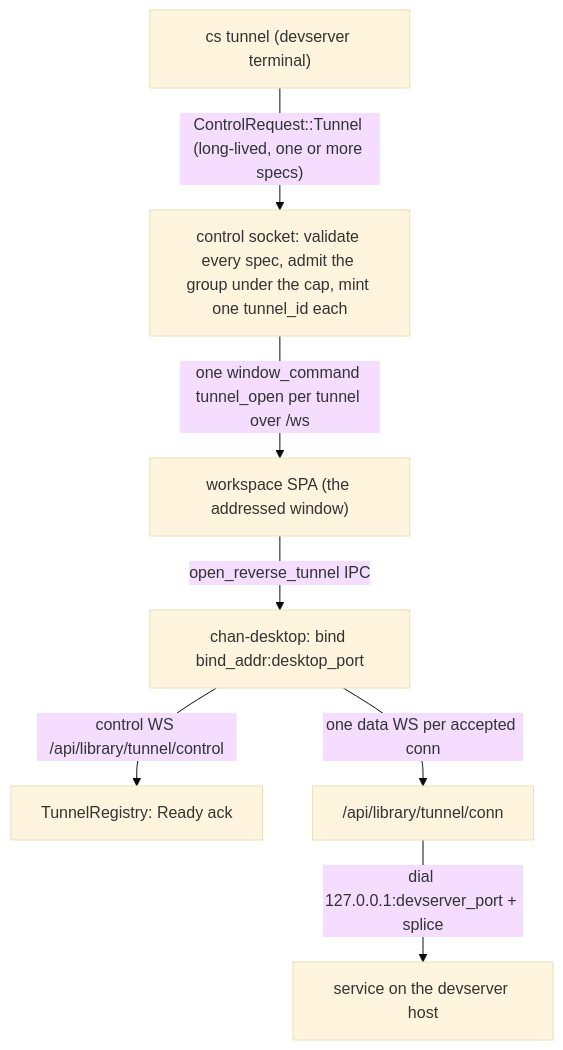
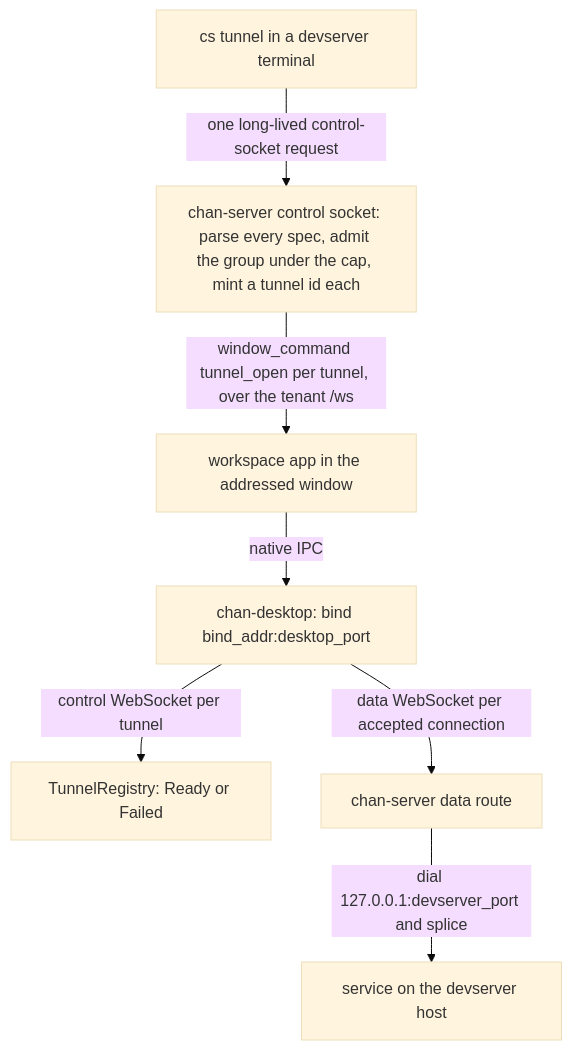
Before and after one commit to fiorix/chan: the diagram in crates/chan-revtunnel/design.md, drawn with Mermaid (base theme). The commit also changed other lines of this file and 17 other files, not shown here.

First line of the commit message:
docs: rewrite the tunnel, desktop and web designs

````diff
--- a/crates/chan-revtunnel/design.md
+++ b/crates/chan-revtunnel/design.md
@@ -13,9 +11,9 @@
 ```mermaid
 flowchart TB
-  CS["cs tunnel (devserver terminal)"] -->|"ControlRequest::Tunnel (long-lived, one or more specs)"| SOCK["control socket: validate every spec, admit the group under the cap, mint one tunnel_id each"]
-  SOCK -->|"one window_command tunnel_open per tunnel over /ws"| SPA["workspace SPA (the addressed window)"]
-  SPA -->|"open_reverse_tunnel IPC"| DT["chan-desktop: bind bind_addr:desktop_port"]
-  DT -->|"control WS /api/library/tunnel/control"| REG["TunnelRegistry: Ready ack"]
-  DT -->|"one data WS per accepted conn"| CONN["/api/library/tunnel/conn"]
-  CONN -->|"dial 127.0.0.1:devserver_port + splice"| SVC["service on the devserver host"]
+  CS["cs tunnel in a devserver terminal"] -->|"one long-lived control-socket request"| SOCK["chan-server control socket: parse every spec, admit the group under the cap, mint a tunnel id each"]
+  SOCK -->|"window_command tunnel_open per tunnel, over the tenant /ws"| SPA["workspace app in the addressed window"]
+  SPA -->|"native IPC"| DT["chan-desktop: bind bind_addr:desktop_port"]
+  DT -->|"control WebSocket per tunnel"| REG["TunnelRegistry: Ready or Failed"]
+  DT -->|"data WebSocket per accepted connection"| CONN["chan-server data route"]
+  CONN -->|"dial 127.0.0.1:devserver_port and splice"| SVC["service on the devserver host"]
 ```
````
